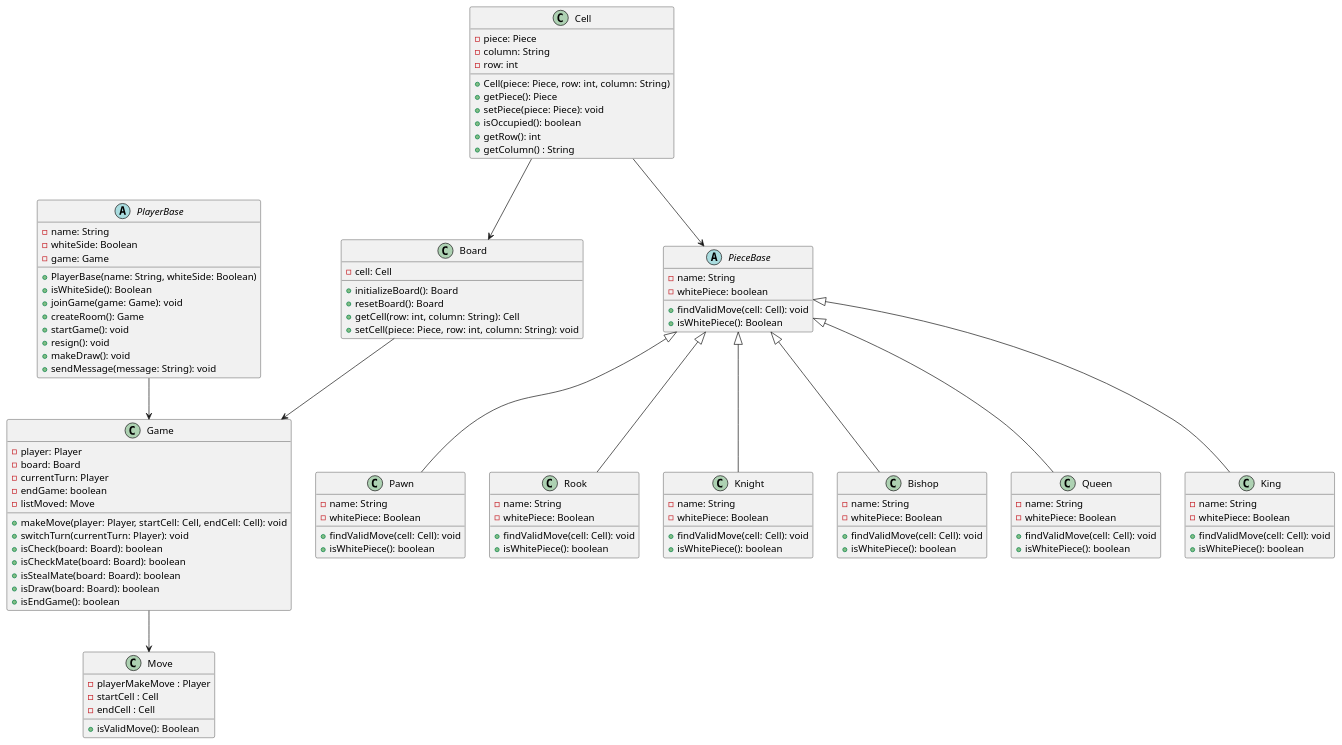
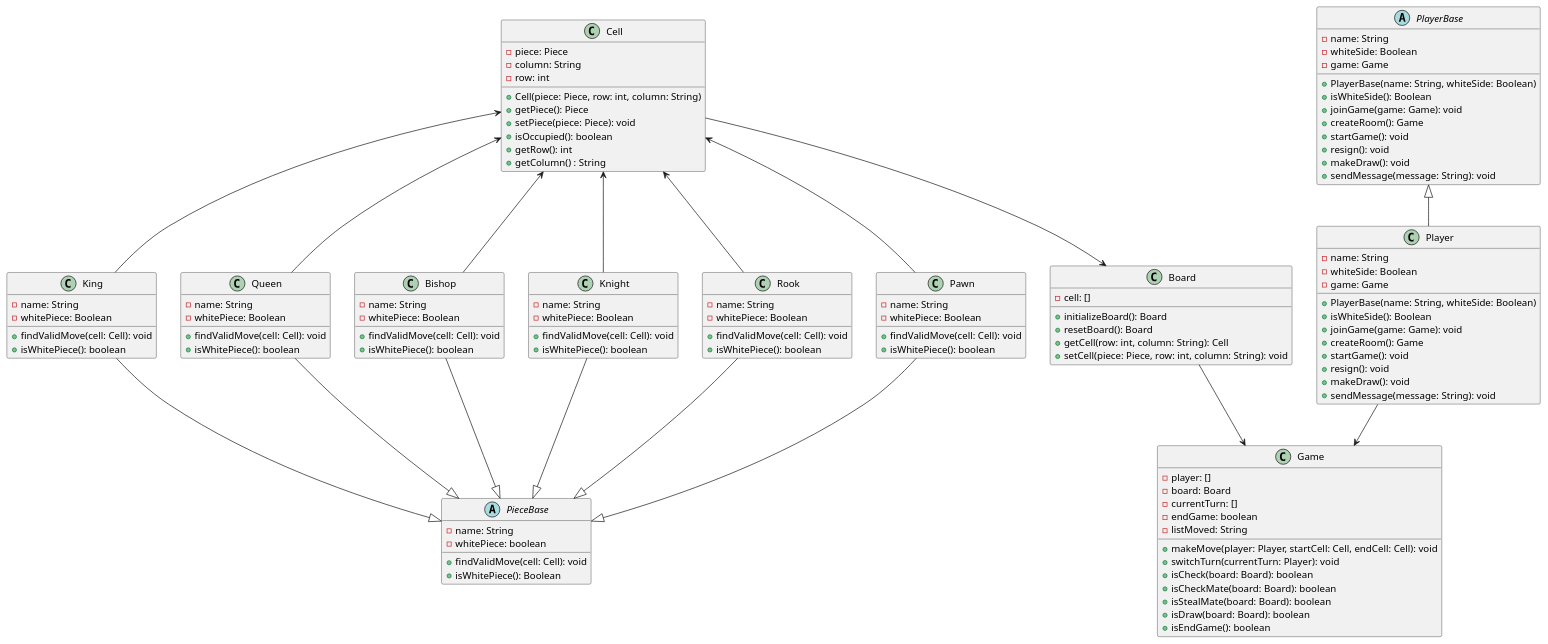
Before and after one commit to 3zard/Chess-Game: the diagram in Diagram/Class Diagram/classDiagram.pu, drawn with PlantUML. The commit also changed 1 other file, not shown here.

Commit message:
Huy | Fixing class diagram and use case diagram

```diff
--- a/Diagram/Class Diagram/classDiagram.pu
+++ b/Diagram/Class Diagram/classDiagram.pu
@@ -1,116 +1,134 @@
 @startuml classDiagram
 class Board {
-    -cell: Cell
+    -cell: []
     +initializeBoard(): Board
     +resetBoard(): Board
     +getCell(row: int, column: String): Cell
     +setCell(piece: Piece, row: int, column: String): void
 }
+
+
 class Game {
-    -player: Player
+    -player: []
     -board: Board
-    -currentTurn: Player
+    -currentTurn: []
     -endGame: boolean
-    -listMoved: Move
+    -listMoved: String
+    
     +makeMove(player: Player, startCell: Cell, endCell: Cell): void
     +switchTurn(currentTurn: Player): void
     +isCheck(board: Board): boolean
     +isCheckMate(board: Board): boolean
     +isStealMate(board: Board): boolean
     +isDraw(board: Board): boolean
     +isEndGame(): boolean
 }
 
 class Cell {
     -piece: Piece
     -column: String 
     -row: int
 
     +Cell(piece: Piece, row: int, column: String)
     +getPiece(): Piece
     +setPiece(piece: Piece): void
     +isOccupied(): boolean
     +getRow(): int
     +getColumn() : String
+}
+
+class Player {
+    -name: String
+    -whiteSide: Boolean
+    -game: Game
+    
+    +PlayerBase(name: String, whiteSide: Boolean)
+    +isWhiteSide(): Boolean
+    +joinGame(game: Game): void
+    +createRoom(): Game
+    +startGame(): void
+    +resign(): void
+    +makeDraw(): void
+    +sendMessage(message: String): void
 }
 
 abstract class PlayerBase {
     -name: String
     -whiteSide: Boolean
     -game: Game
     
     +PlayerBase(name: String, whiteSide: Boolean)
     +isWhiteSide(): Boolean
     +joinGame(game: Game): void
     +createRoom(): Game
     +startGame(): void
     +resign(): void
     +makeDraw(): void
     +sendMessage(message: String): void
 }
 
 abstract class PieceBase {
     -name: String
     -whitePiece: boolean
 
     +findValidMove(cell: Cell): void
     +isWhitePiece(): Boolean
-}
-
-class Move {
-    -playerMakeMove : Player
-    -startCell : Cell 
-    -endCell : Cell
-
-    +isValidMove(): Boolean
 }
 
 class Pawn{
     -name: String
     -whitePiece: Boolean
     +findValidMove(cell: Cell): void
     +isWhitePiece(): boolean
 } 
 class Rook{
     -name: String
     -whitePiece: Boolean
     +findValidMove(cell: Cell): void
     +isWhitePiece(): boolean
 }
 class Knight{
     -name: String
     -whitePiece: Boolean
     +findValidMove(cell: Cell): void
     +isWhitePiece(): boolean
 }
 class Bishop{
     -name: String
     -whitePiece: Boolean
     +findValidMove(cell: Cell): void
     +isWhitePiece(): boolean
 }
 class Queen{
     -name: String
     -whitePiece: Boolean
     +findValidMove(cell: Cell): void
     +isWhitePiece(): boolean
 }
 class King{
     -name: String
     -whitePiece: Boolean
     +findValidMove(cell: Cell): void
     +isWhitePiece(): boolean
 }
 
-PlayerBase --> Game
+Player --> Game
+PlayerBase <|-- Player
+
 Cell --> Board
-Cell -->PieceBase
 Board --> Game
-Game --> Move
-PieceBase <|-- Pawn
-PieceBase <|-- Rook
-PieceBase <|-- Knight
-PieceBase <|-- Bishop
-PieceBase <|-- Queen
-PieceBase <|-- King
+
+PieceBase <|-up- Pawn 
+PieceBase <|-up- Rook
+PieceBase <|-up- Knight
+PieceBase <|-up- Bishop
+PieceBase <|-up- Queen
+PieceBase <|-up- King
+
+Cell <-- Pawn
+Cell <-- Rook
+Cell <-- Knight
+Cell <-- Bishop
+Cell <-- Queen
+Cell <-- King
 @enduml
```
